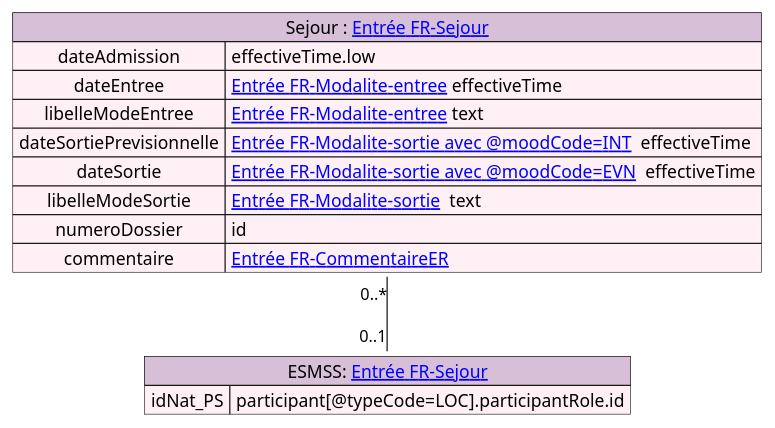
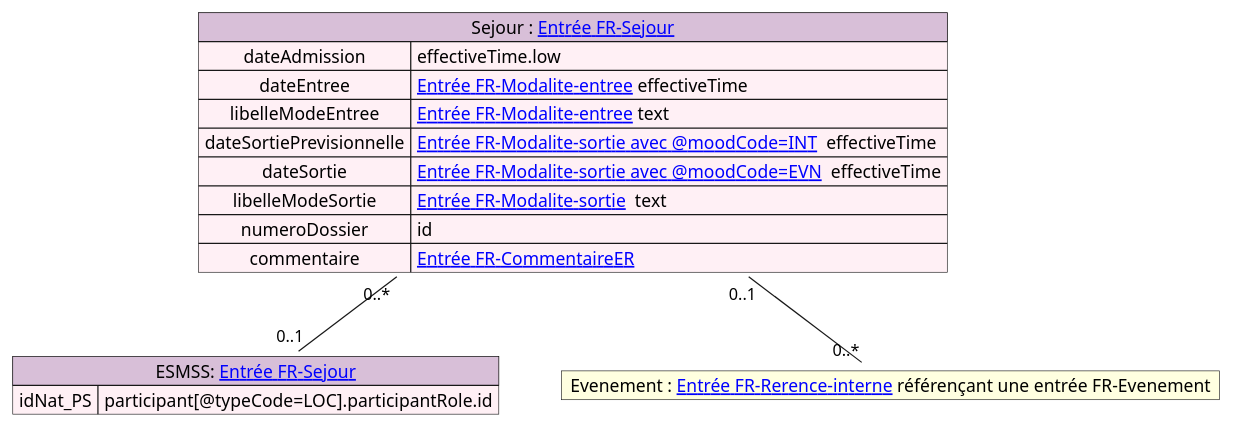
The diagram in input/images-source/mapping_sejour.plantuml (ansforge/IG-fhir-transfert-donnees-dui-esms), drawn with PlantUML before and after one commit. The commit also changed 2 other files, not shown here.

```diff
--- a/input/images-source/mapping_sejour.plantuml
+++ b/input/images-source/mapping_sejour.plantuml
@@ -1,23 +1,27 @@
 @startuml
 
 
 map "Sejour : [[contenu_dossier_corps_cda.html Entrée FR-Sejour]]" as Sejour #back:LavenderBlush;header:Thistle{
     dateAdmission => effectiveTime.low
     dateEntree => [[contenu_dossier_corps_cda.html Entrée FR-Modalite-entree]] effectiveTime
     libelleModeEntree => [[contenu_dossier_corps_cda.html Entrée FR-Modalite-entree]] text
     dateSortiePrevisionnelle => [[contenu_dossier_corps_cda.html Entrée FR-Modalite-sortie avec @moodCode=INT]]  effectiveTime
     dateSortie => [[contenu_dossier_corps_cda.html Entrée FR-Modalite-sortie avec @moodCode=EVN]]  effectiveTime
     libelleModeSortie => [[contenu_dossier_corps_cda.html Entrée FR-Modalite-sortie]]  text
     numeroDossier => id
     commentaire => [[contenu_dossier_corps_cda.html Entrée FR-CommentaireER]]
 }
 
 
 map "ESMSS: [[contenu_dossier_corps_cda.html Entrée FR-Sejour]]" as ESSMS #back:LavenderBlush;header:Thistle{
     idNat_PS => participant[@typeCode=LOC].participantRole.id
 }
 
+map "Evenement : [[contenu_dossier_corps_cda.html Entrée FR-Rerence-interne]] référençant une entrée FR-Evenement" as Evenement #back:LightYellow;header:LightYellow{
+}
+
 Sejour "0..*" -- "0..1" ESSMS
+Sejour "0..1"--"0..*" Evenement
 
 
 @enduml
```
